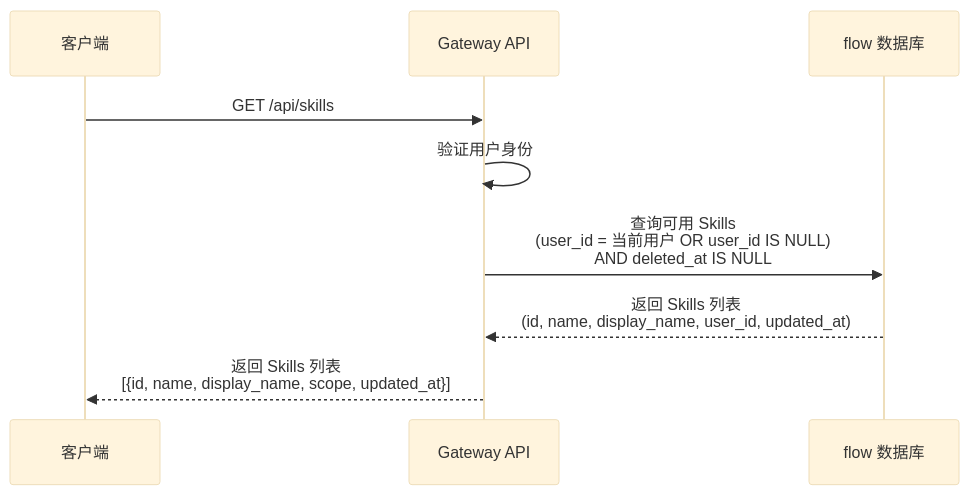
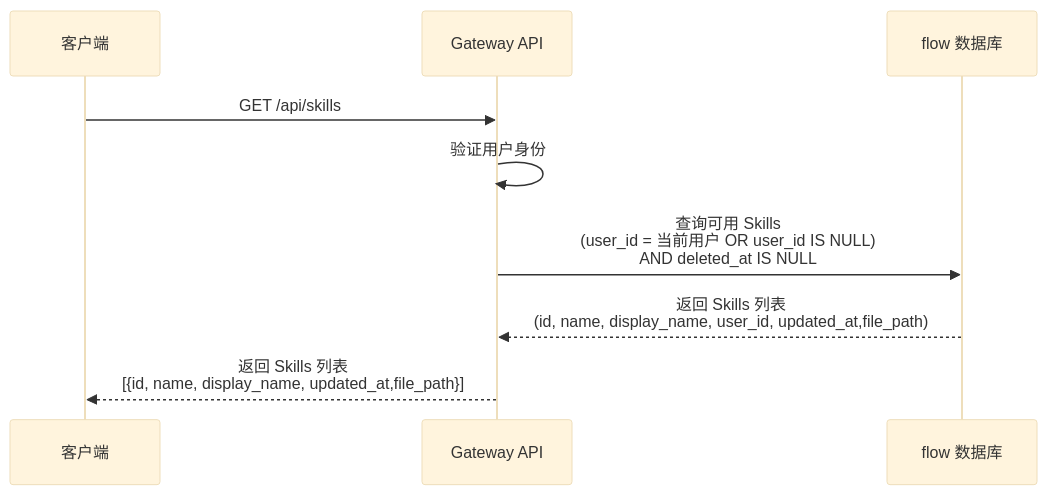
One commit to early-chinese-civilization/deer-flow changed the seventh of 14 diagrams in DeerFlow接口时序图.md. Above: the diagram before and after it, drawn with Mermaid (base theme). The commit also changed other lines of this file and 4 other files, not shown here.

````diff
--- a/DeerFlow接口时序图.md
+++ b/DeerFlow接口时序图.md
@@ -223,14 +243,14 @@
 ```mermaid
 sequenceDiagram
     participant Client as 客户端
     participant Gateway as Gateway API
     participant DB as flow 数据库
     
     Client->>Gateway: GET /api/skills
     Gateway->>Gateway: 验证用户身份
     
     Gateway->>DB: 查询可用 Skills<br/>(user_id = 当前用户 OR user_id IS NULL)<br/>AND deleted_at IS NULL
-    DB-->>Gateway: 返回 Skills 列表<br/>(id, name, display_name, user_id, updated_at)
+    DB-->>Gateway: 返回 Skills 列表<br/>(id, name, display_name, user_id, updated_at,file_path)
     
-    Gateway-->>Client: 返回 Skills 列表<br/>[{id, name, display_name, scope, updated_at}]
+    Gateway-->>Client: 返回 Skills 列表<br/>[{id, name, display_name, updated_at,file_path}]
 ```
````
